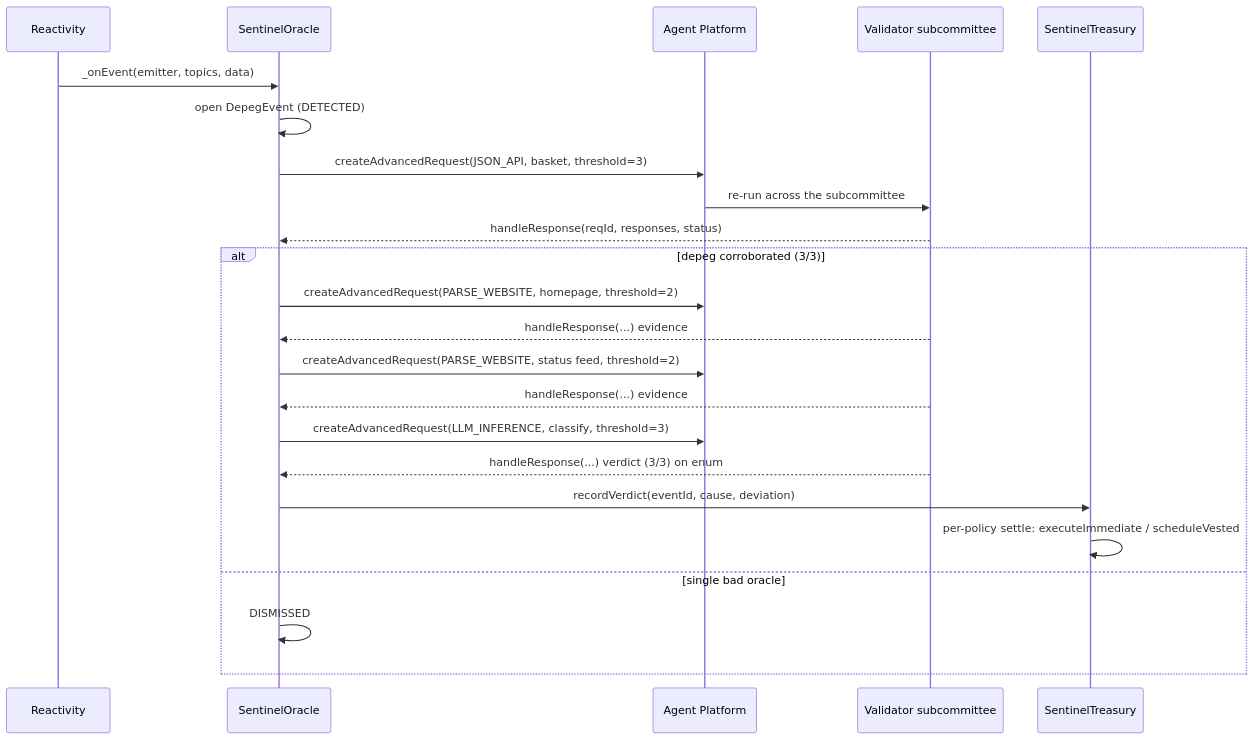
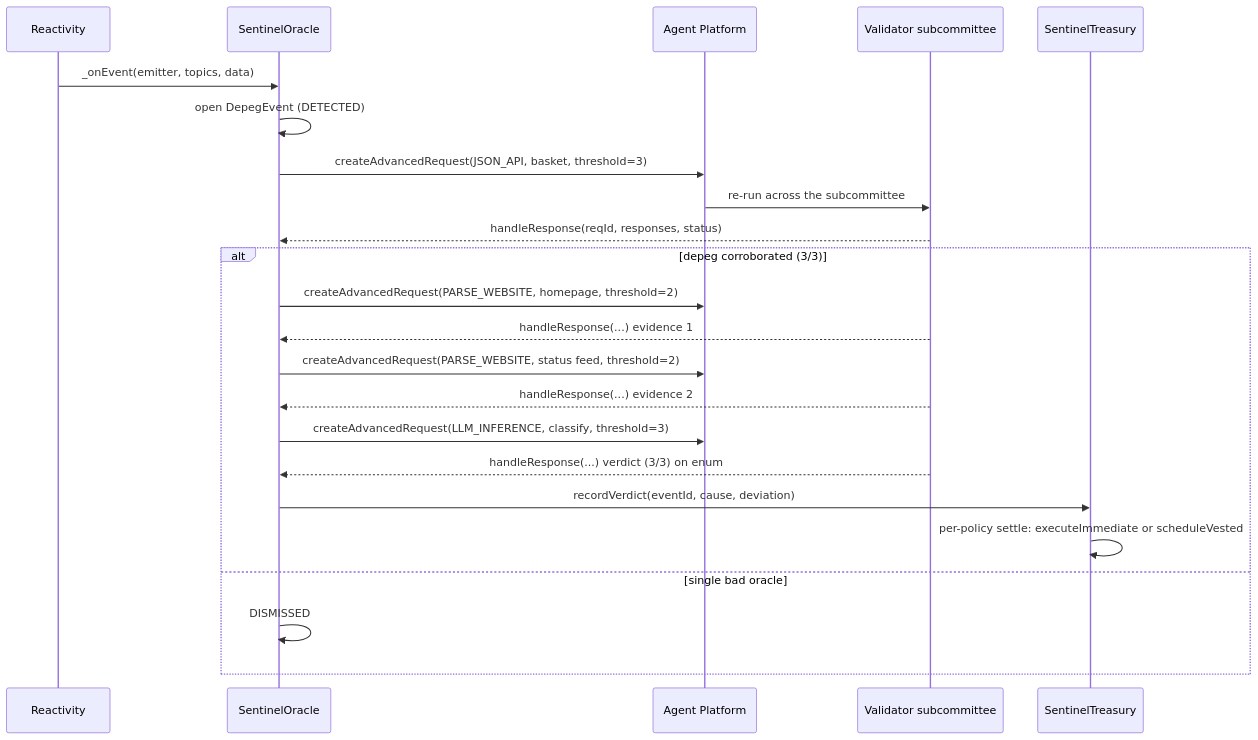
One commit to Manuel-dev01/Sentinel changed the third of 3 diagrams in docs/ARCHITECTURE.md. Above: the diagram before and after it, drawn with Mermaid. The commit also changed other lines of this file and 6 other files, not shown here.

````diff
--- a/docs/ARCHITECTURE.md
+++ b/docs/ARCHITECTURE.md
@@ -81,26 +84,26 @@
 ```mermaid
 sequenceDiagram
     participant RX as Reactivity
     participant ORC as SentinelOracle
     participant PLAT as Agent Platform
     participant SUB as Validator subcommittee
     participant TRE as SentinelTreasury
 
     RX->>ORC: _onEvent(emitter, topics, data)
     ORC->>ORC: open DepegEvent (DETECTED)
     ORC->>PLAT: createAdvancedRequest(JSON_API, basket, threshold=3)
     PLAT->>SUB: re-run across the subcommittee
     SUB-->>ORC: handleResponse(reqId, responses, status)
     alt depeg corroborated (3/3)
         ORC->>PLAT: createAdvancedRequest(PARSE_WEBSITE, homepage, threshold=2)
-        SUB-->>ORC: handleResponse(...)  evidence #1
+        SUB-->>ORC: handleResponse(...)  evidence 1
         ORC->>PLAT: createAdvancedRequest(PARSE_WEBSITE, status feed, threshold=2)
-        SUB-->>ORC: handleResponse(...)  evidence #2
+        SUB-->>ORC: handleResponse(...)  evidence 2
         ORC->>PLAT: createAdvancedRequest(LLM_INFERENCE, classify, threshold=3)
         SUB-->>ORC: handleResponse(...)  verdict (3/3) on enum
         ORC->>TRE: recordVerdict(eventId, cause, deviation)
-        TRE->>TRE: per-policy settle: executeImmediate / scheduleVested
+        TRE->>TRE: per-policy settle: executeImmediate or scheduleVested
     else single bad oracle
         ORC->>ORC: DISMISSED
     end
 ```
````
